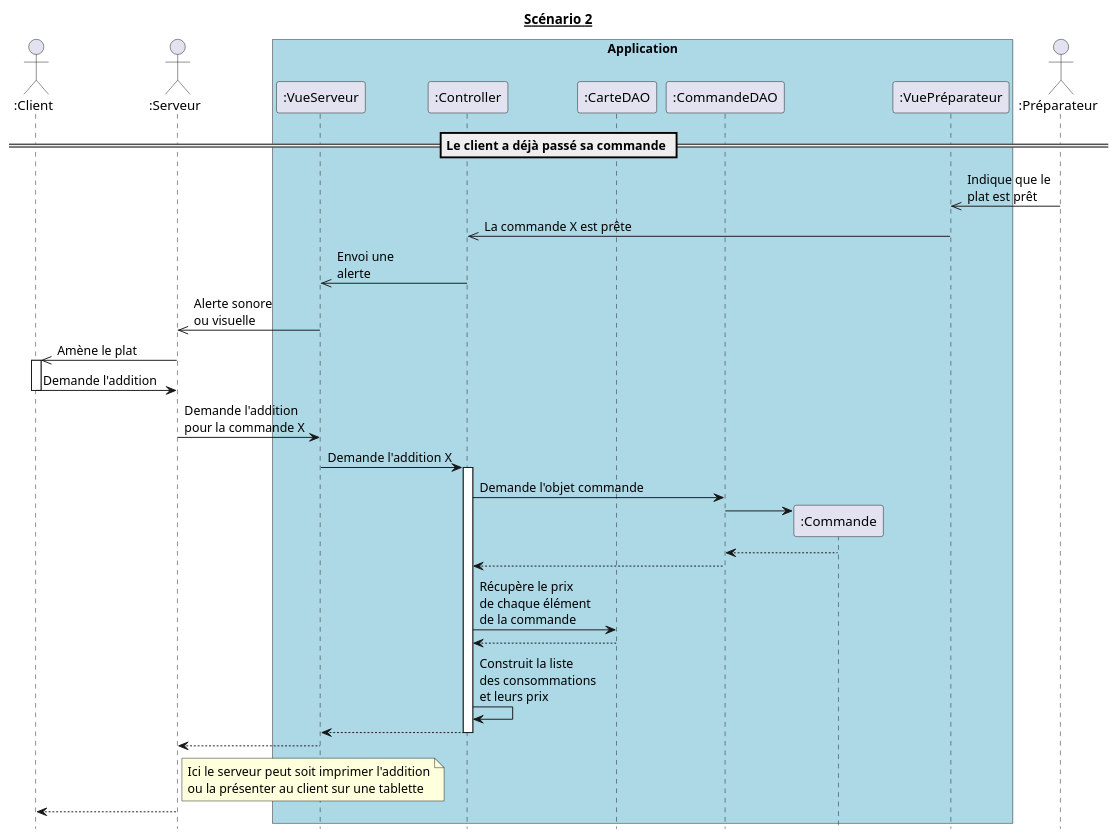
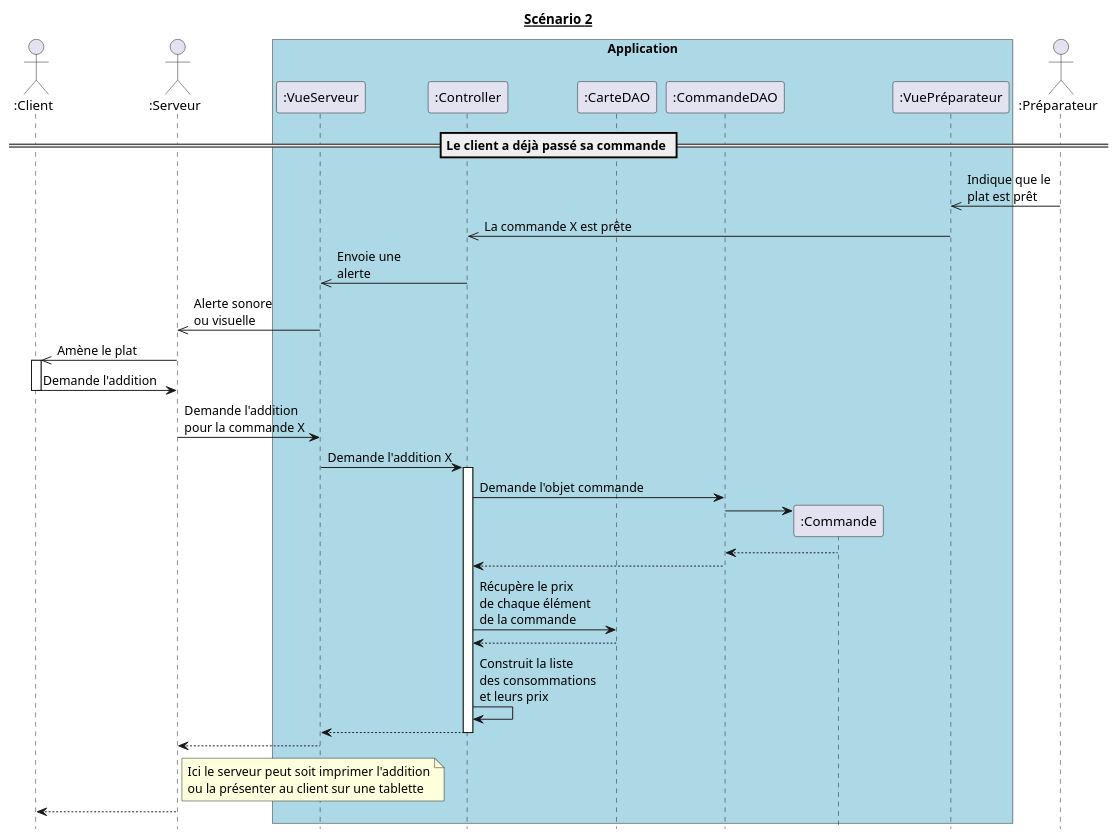
One commit to hulskenA/GL-Les_seigneurs_du_resto changed the diagram in diagrammes_sequences_detailles/dss2.md. Above: the diagram before and after it, drawn with PlantUML.

````diff
--- a/diagrammes_sequences_detailles/dss2.md
+++ b/diagrammes_sequences_detailles/dss2.md
@@ -1,61 +1,61 @@
 ```puml
 @startuml
 hide footbox
 title __Scénario 2__
 
 actor ":Client" as Client order 10
 actor ":Serveur" as Serveur order 20
 actor ":Préparateur" as Préparateur order 90
 
 box "Application" #Lightblue
   participant ":VueServeur" as VueServeur order 30
   participant ":Controller" as Controller order 40
   participant ":CarteDAO" as CarteDAO order 50
   participant ":CommandeDAO" as CommandeDAO order 60
   participant ":Commande" as Commande order 70
   participant ":VuePréparateur" as VuePréparateur order 80
 endbox
 
 == Le client a déjà passé sa commande ==
 
 Préparateur ->> VuePréparateur : Indique que le\nplat est prêt
 
 VuePréparateur ->> Controller : La commande X est prête
 
-Controller ->> VueServeur : Envoi une\nalerte
+Controller ->> VueServeur : Envoie une\nalerte
 
 VueServeur ->> Serveur : Alerte sonore\nou visuelle
 
 Serveur ->> Client : Amène le plat
 activate Client
 Client -> Serveur : Demande l'addition
 deactivate Client
 
 Serveur -> VueServeur : Demande l'addition\npour la commande X
 
 VueServeur -> Controller : Demande l'addition X
 activate Controller
 
 Controller -> CommandeDAO : Demande l'objet commande
 
 create Commande
 CommandeDAO -> Commande
 CommandeDAO <-- Commande
 
 Controller <-- CommandeDAO
 Controller -> CarteDAO : Récupère le prix\nde chaque élément\nde la commande
 Controller <-- CarteDAO
 Controller -> Controller : Construit la liste\ndes consommations\net leurs prix
 Controller --> VueServeur
 deactivate Controller
 
 VueServeur --> Serveur
 note right Serveur
   Ici le serveur peut soit imprimer l'addition
   ou la présenter au client sur une tablette
 end note
 
 Serveur --> Client
 
 @enduml
 ```
````
